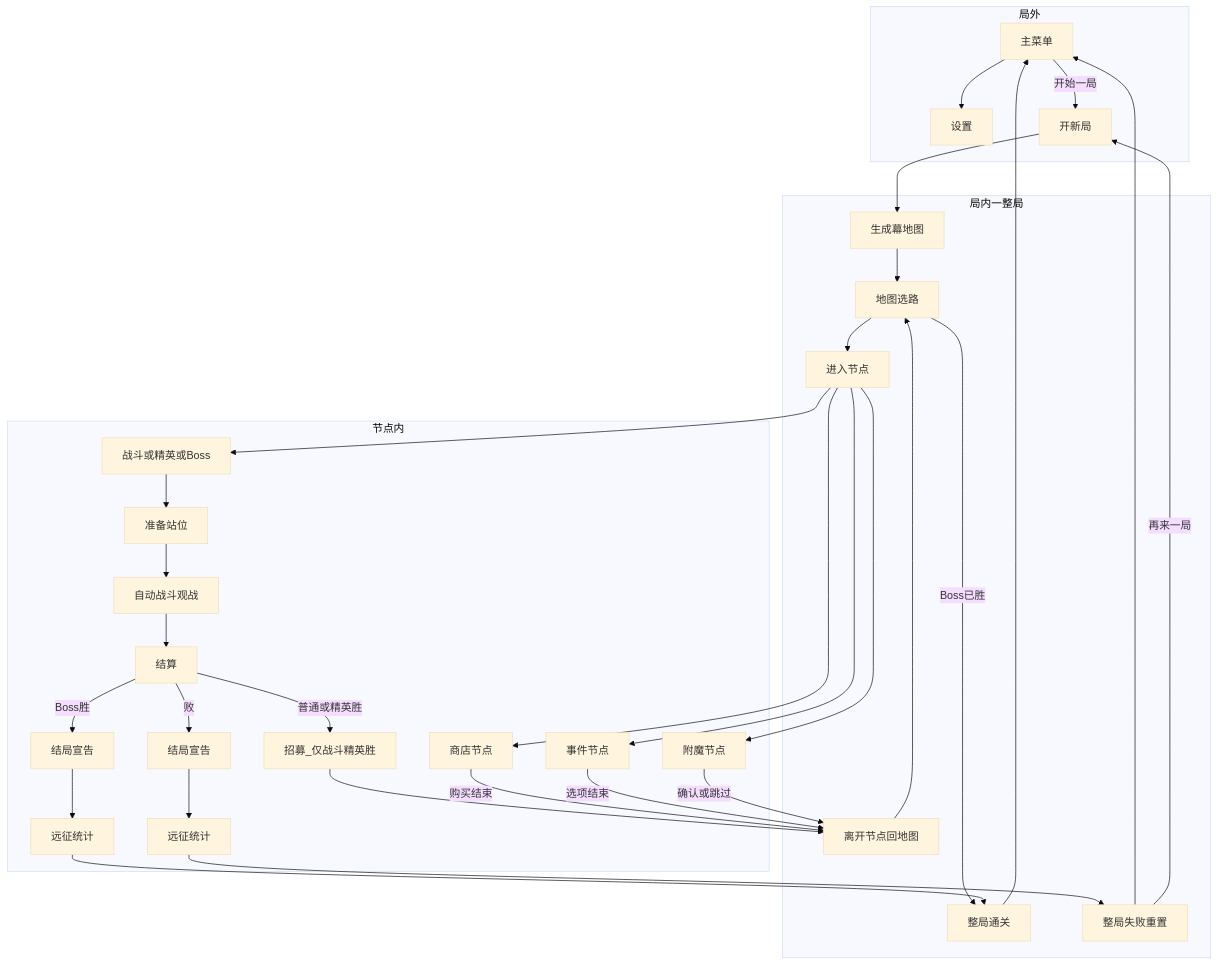
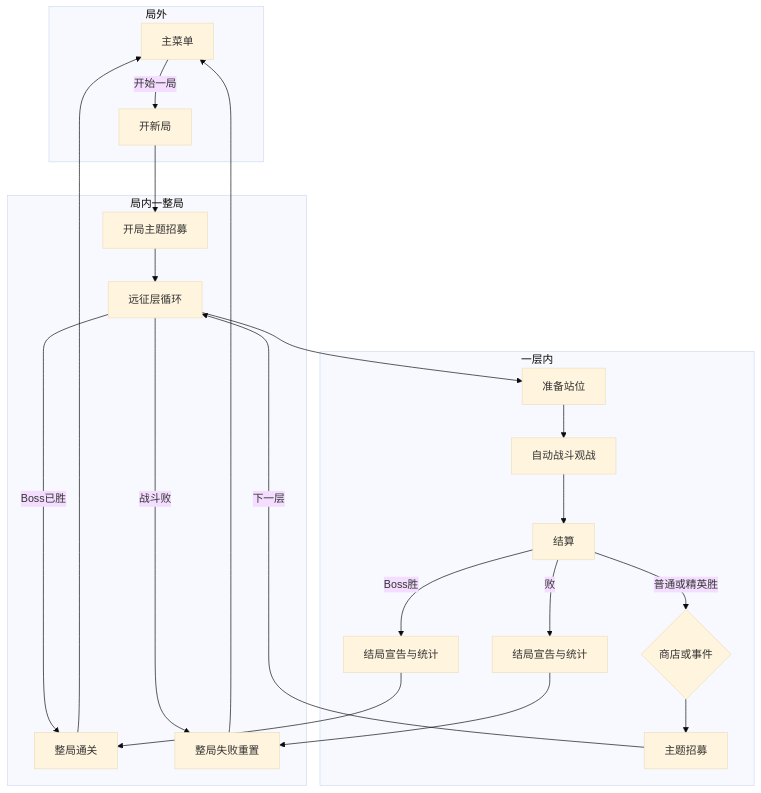
One commit to Kanerickyz/project-autochess changed the diagram in Documents/Features/GAME_LOOP.md. Above: the diagram before and after it, drawn with Mermaid (base theme). The commit also changed other lines of this file and 14 other files, not shown here.

````diff
--- a/Documents/Features/GAME_LOOP.md
+++ b/Documents/Features/GAME_LOOP.md
@@ -104,52 +99,37 @@
 ```mermaid
 flowchart TD
   subgraph Meta[局外]
     MainMenu[主菜单]
-    Settings[设置]
-    MainMenu --> Settings
     MainMenu -->|开始一局| NewRun[开新局]
   end
 
   subgraph RunLoop[局内一整局]
-    GenMap[生成幕地图]
-    MapSelect[地图选路]
-    EnterNode[进入节点]
-    LeaveNode[离开节点回地图]
+    OpenRecruit[开局主题招募]
+    FloorLoop[远征层循环]
     RunWin[整局通关]
     RunLose[整局失败重置]
-    NewRun --> GenMap --> MapSelect
-    MapSelect --> EnterNode
-    LeaveNode --> MapSelect
-    MapSelect -->|Boss已胜| RunWin
+    NewRun --> OpenRecruit --> FloorLoop
+    FloorLoop -->|Boss已胜| RunWin
+    FloorLoop -->|战斗败| RunLose
   end
 
-  subgraph NodeInner[节点内]
-    CombatNode[战斗或精英或Boss]
-    ShopNode[商店节点]
-    EventNode[事件节点]
-    EnchantNode[附魔节点]
+  subgraph FloorInner[一层内]
     Prep[准备站位]
     AutoCombat[自动战斗观战]
     Resolve[结算]
-    Recruit[招募_仅战斗精英胜]
-    CombatNode --> Prep --> AutoCombat --> Resolve
-    Resolve -->|普通或精英胜| Recruit --> LeaveNode
-    Resolve -->|Boss胜| RunResult[结局宣告]
-    RunResult --> RunStats[远征统计]
-    RunStats --> RunWin
-    Resolve -->|败| RunLoseResult[结局宣告]
-    RunLoseResult --> RunLoseStats[远征统计]
-    RunLoseStats --> RunLose
-    ShopNode -->|购买结束| LeaveNode
-    EventNode -->|选项结束| LeaveNode
-    EnchantNode -->|确认或跳过| LeaveNode
+    Choice{商店或事件}
+    Recruit[主题招募]
+    Prep --> AutoCombat --> Resolve
+    Resolve -->|普通或精英胜| Choice
+    Choice --> Recruit
+    Resolve -->|Boss胜| EndFlow[结局宣告与统计]
+    Resolve -->|败| LoseFlow[结局宣告与统计]
   end
 
-  EnterNode --> CombatNode
-  EnterNode --> ShopNode
-  EnterNode --> EventNode
-  EnterNode --> EnchantNode
+  FloorLoop --> Prep
+  Recruit -->|下一层| FloorLoop
+  EndFlow --> RunWin
+  LoseFlow --> RunLose
   RunWin --> MainMenu
   RunLose --> MainMenu
-  RunLose -->|再来一局| NewRun
 ```
````
